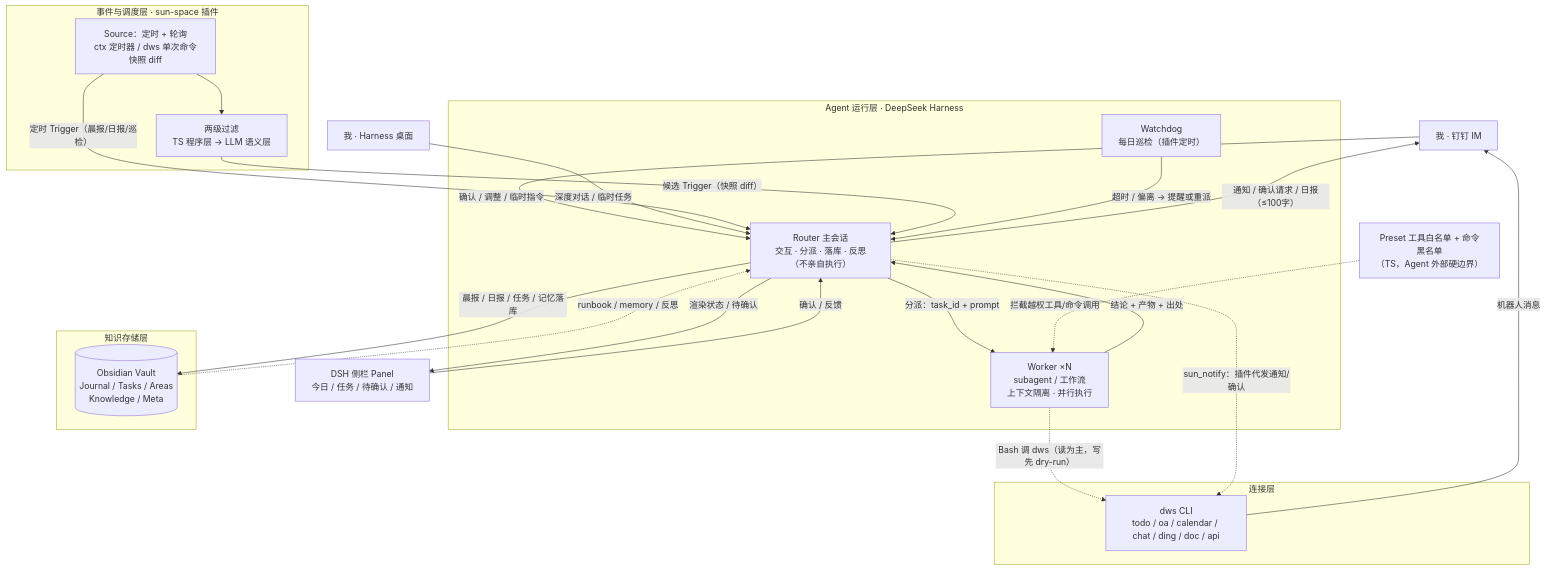
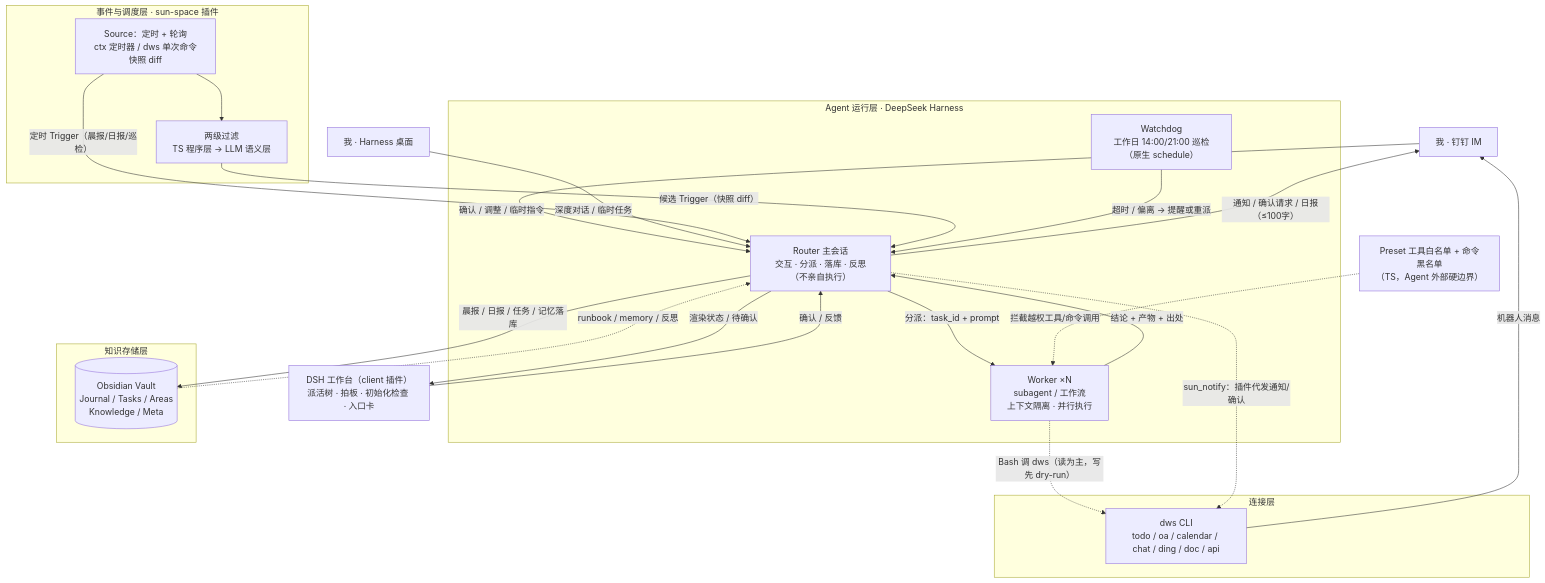
The first of 2 diagrams in ARCHITECTURE.md (40huo/dsh-sun-space), drawn with Mermaid before and after one commit. The commit also changed other lines of this file and 7 other files, not shown here.

````diff
--- a/ARCHITECTURE.md
+++ b/ARCHITECTURE.md
@@ -15,45 +16,45 @@
 ```mermaid
 flowchart TB
     U1["我 · 钉钉 IM"]
     U2["我 · Harness 桌面"]
 
     subgraph L2["Agent 运行层 · DeepSeek Harness"]
         R["Router 主会话<br/>交互 · 分派 · 落库 · 反思（不亲自执行）"]
         W["Worker ×N<br/>subagent / 工作流<br/>上下文隔离 · 并行执行"]
-        WD["Watchdog<br/>每日巡检（插件定时）"]
+        WD["Watchdog<br/>工作日 14:00/21:00 巡检（原生 schedule）"]
     end
 
     subgraph L3["事件与调度层 · sun-space 插件"]
         SRC["Source：定时 + 轮询<br/>ctx 定时器 / dws 单次命令快照 diff"]
         F["两级过滤<br/>TS 程序层 → LLM 语义层"]
     end
 
     subgraph L4["连接层"]
         DWS["dws CLI<br/>todo / oa / calendar / chat / ding / doc / api"]
     end
 
     subgraph L5["知识存储层"]
         V[("Obsidian Vault<br/>Journal / Tasks / Areas<br/>Knowledge / Meta")]
     end
 
     HOOK["Preset 工具白名单 + 命令黑名单<br/>（TS，Agent 外部硬边界）"]
-    P["DSH 侧栏 Panel<br/>今日 / 任务 / 待确认 / 通知"]
+    P["DSH 工作台（client 插件）<br/>派活树 · 拍板 · 初始化检查 · 入口卡"]
 
     U1 -->|"确认 / 调整 / 临时指令"| R
     R -->|"通知 / 确认请求 / 日报（≤100字）"| U1
     U2 -->|"深度对话 / 临时任务"| R
     SRC -->|"定时 Trigger（晨报/日报/巡检）"| R
     SRC --> F
     F -->|"候选 Trigger（快照 diff）"| R
     R -->|"分派：task_id + prompt"| W
     W -->|"结论 + 产物 + 出处"| R
     W -.->|"Bash 调 dws（读为主，写先 dry-run）"| DWS
     R -.->|"sun_notify：插件代发通知/确认"| DWS
     DWS -->|"机器人消息"| U1
     R -->|"晨报 / 日报 / 任务 / 记忆落库"| V
     V -.->|"runbook / memory / 反思"| R
     WD -->|"超时 / 偏离 → 提醒或重派"| R
     HOOK -.->|"拦截越权工具/命令调用"| W
     R -->|"渲染状态 / 待确认"| P
     P -->|"确认 / 反馈"| R
 ```
````
